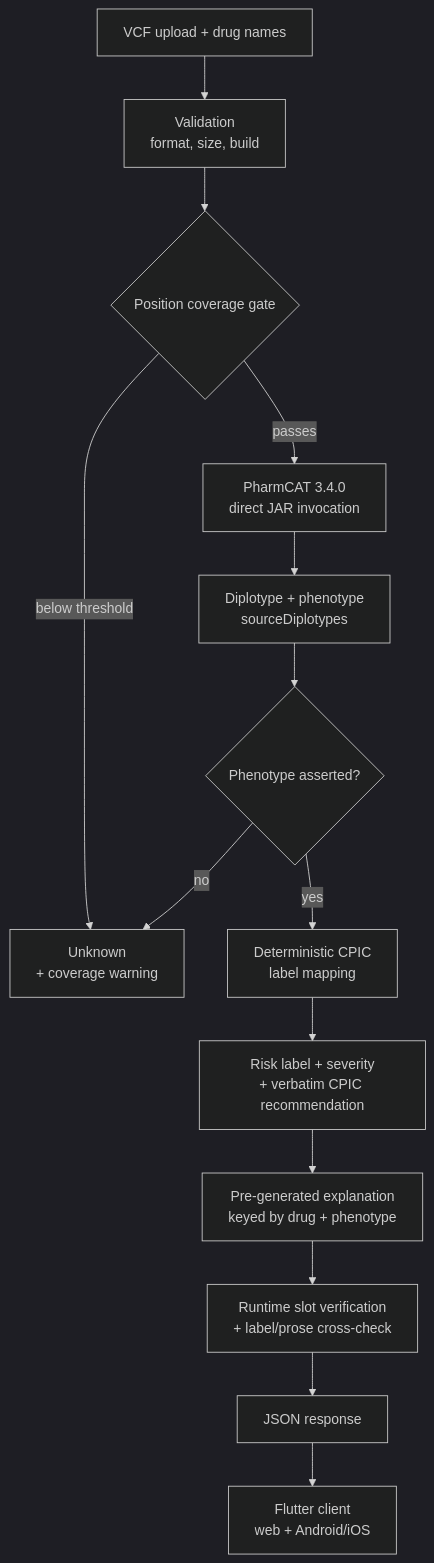
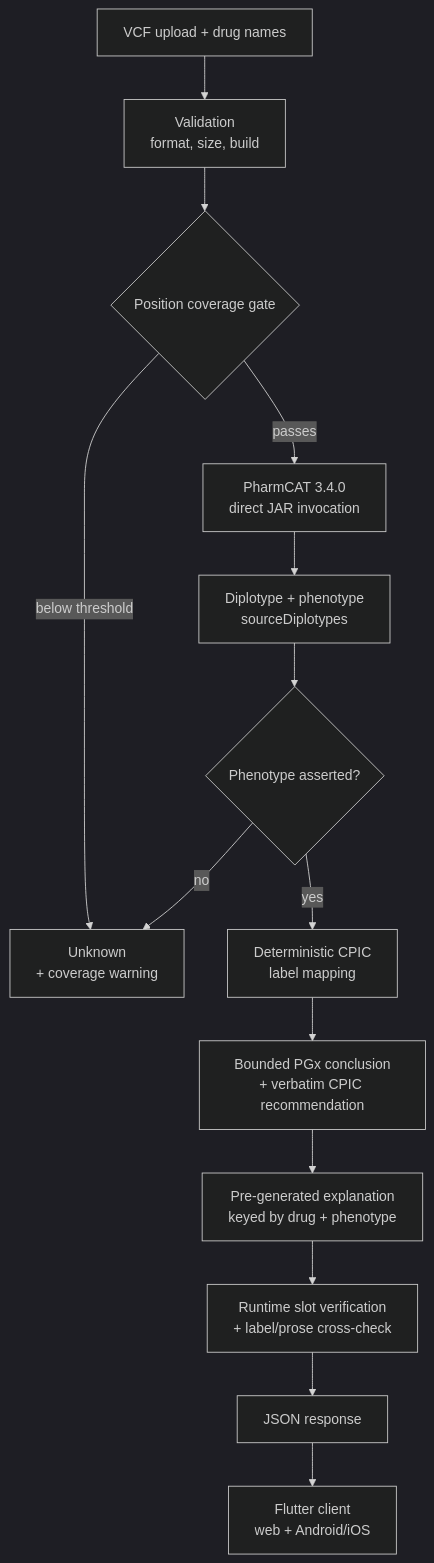
Before and after one commit to bhuvantharanath/Pharmacogenomic_Risk_Prediction_System: the diagram in README.md, drawn with Mermaid (dark theme). The commit also changed other lines of this file and 1228 other files, not shown here.

````diff
--- a/README.md
+++ b/README.md
@@ -96,16 +105,16 @@
 ```mermaid
 flowchart TD
     A[VCF upload + drug names] --> B[Validation<br/>format, size, build]
     B --> C{Position coverage gate}
     C -->|below threshold| Z[Unknown<br/>+ coverage warning]
     C -->|passes| D[PharmCAT 3.4.0<br/>direct JAR invocation]
     D --> E[Diplotype + phenotype<br/>sourceDiplotypes]
     E --> F{Phenotype asserted?}
     F -->|no| Z
     F -->|yes| G[Deterministic CPIC<br/>label mapping]
-    G --> H[Risk label + severity<br/>+ verbatim CPIC recommendation]
+    G --> H[Bounded PGx conclusion<br/>+ verbatim CPIC recommendation]
     H --> I[Pre-generated explanation<br/>keyed by drug + phenotype]
     I --> J[Runtime slot verification<br/>+ label/prose cross-check]
     J --> K[JSON response]
     K --> L[Flutter client<br/>web + Android/iOS]
 ```
````
